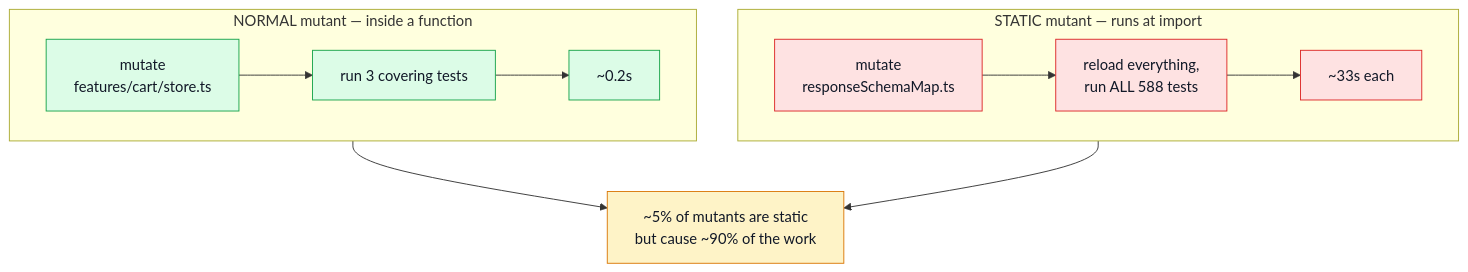
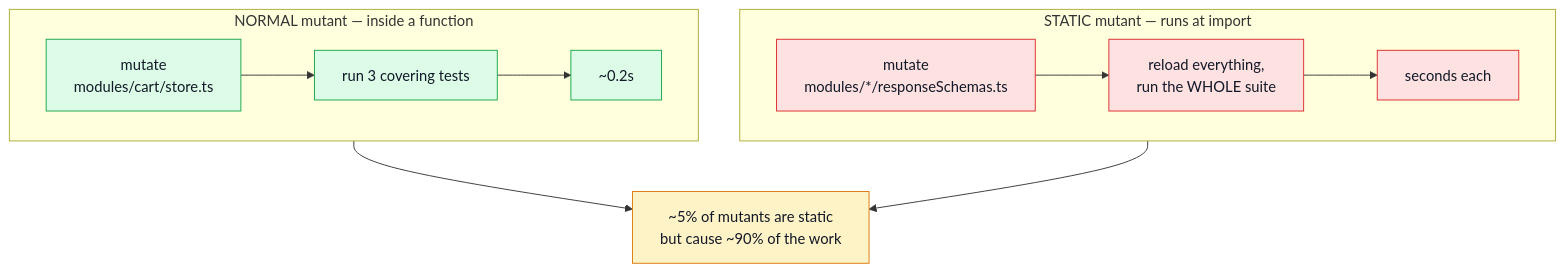
Before and after one commit to Guebbit/boilerplate-vue-frontend: the third of 5 diagrams in docs/tools/mutation-testing.md, drawn with Mermaid. The commit also changed other lines of this file and 385 other files, not shown here.

First line of the commit message:
feat!: 2.0.0 — modular architecture, tiered substrate, contracts as backend output

````diff
--- a/docs/tools/mutation-testing.md
+++ b/docs/tools/mutation-testing.md
@@ -154,21 +154,21 @@
 ```mermaid
 %%{init: {'flowchart': {'nodeSpacing': 45, 'rankSpacing': 55}}}%%
 flowchart TB
     subgraph Normal["NORMAL mutant — inside a function"]
         direction LR
-        N1["mutate\nfeatures/cart/store.ts"] --> N2["run 3 covering tests"] --> N3["~0.2s"]
+        N1["mutate\nmodules/cart/store.ts"] --> N2["run 3 covering tests"] --> N3["~0.2s"]
     end
     subgraph Static["STATIC mutant — runs at import"]
         direction LR
-        S1["mutate\nresponseSchemaMap.ts"] --> S2["reload everything,\nrun ALL 588 tests"] --> S3["~33s each"]
+        S1["mutate\nmodules/*/responseSchemas.ts"] --> S2["reload everything,\nrun the WHOLE suite"] --> S3["seconds each"]
     end
     Normal --> Cost["~5% of mutants are static\nbut cause ~90% of the work"]
     Static --> Cost
 
     classDef good fill:#dcfce7,stroke:#16a34a,color:#111827;
     classDef bad fill:#fee2e2,stroke:#dc2626,color:#111827;
     classDef out fill:#fef3c7,stroke:#d97706,color:#111827;
     class N1,N2,N3 good;
     class S1,S2,S3 bad;
     class Cost out;
 ```
````
